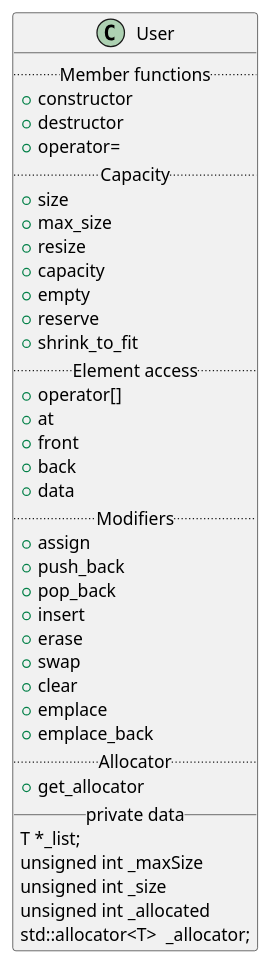
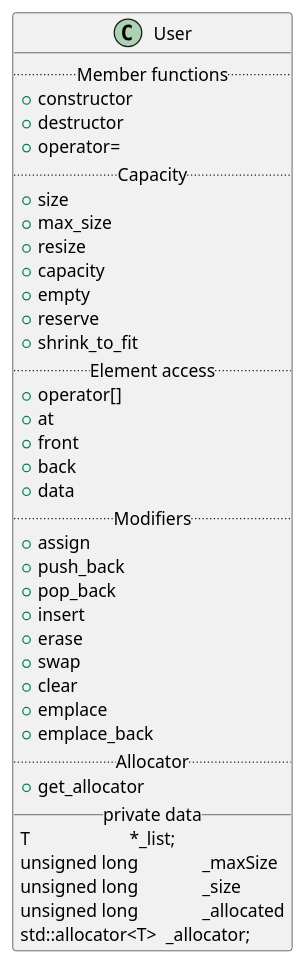
The diagram in assets/README.adoc (t-h2o/container), drawn with PlantUML before and after one commit. The commit also changed 1 other file, not shown here.

Commit message:
doc: update diagram vector

```diff
--- a/assets/README.adoc
+++ b/assets/README.adoc
@@ -4,46 +4,46 @@
 [plantuml, target=vector, format=svg, width=100%]
 ....
 @startuml
 skinparam defaultFontName JetBrains Mono ExtraBold
 
 class User {
   .. Member functions ..
   + constructor
   + destructor
   + operator=
   .. Capacity ..
   + size
   + max_size
   + resize
   + capacity
   + empty
   + reserve
   + shrink_to_fit
   .. Element access ..
   + operator[]
   + at
   + front
   + back
   + data
   .. Modifiers ..
   + assign
   + push_back
   + pop_back
   + insert
   + erase
   + swap
   + clear
   + emplace
   + emplace_back
   .. Allocator ..
   + get_allocator
   __ private data __
-  T *_list;
-  unsigned int _maxSize
-  unsigned int _size
-  unsigned int _allocated
+  T			*_list;
+  unsigned long		_maxSize
+  unsigned long		_size
+  unsigned long		_allocated
   std::allocator<T>	_allocator;
 }
 
 @enduml
 ....
```
